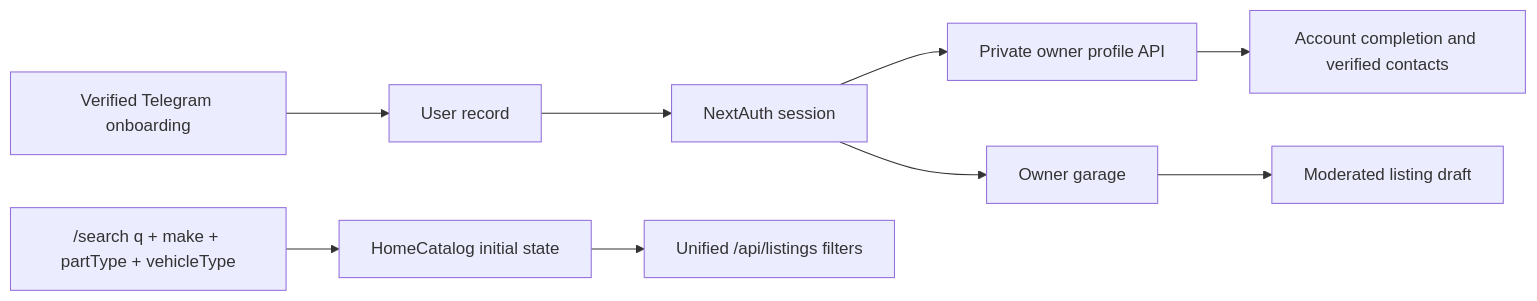
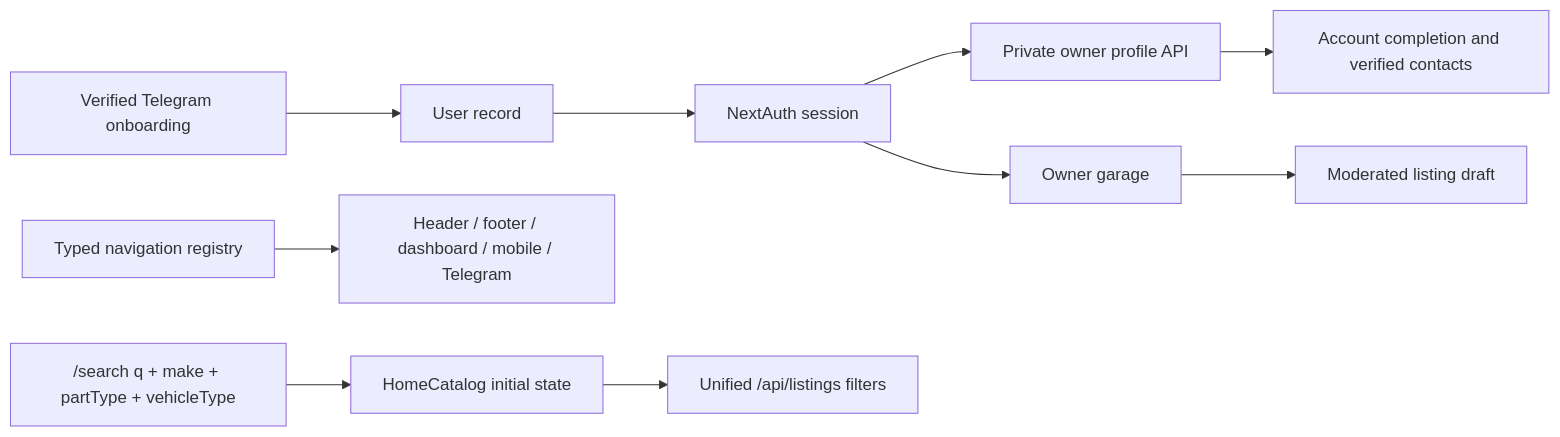
One commit to microsecret/automart changed the third of 8 diagrams in docs/PROJECT_GRAPH.md. Above: the diagram before and after it, drawn with Mermaid. The commit also changed other lines of this file and 37 other files, not shown here.

````diff
--- a/docs/PROJECT_GRAPH.md
+++ b/docs/PROJECT_GRAPH.md
@@ -114,11 +116,12 @@
 ```mermaid
 flowchart LR
   Telegram["Verified Telegram onboarding"] --> User["User record"]
   User --> Session["NextAuth session"]
   Session --> OwnerProfile["Private owner profile API"]
   OwnerProfile --> Dashboard["Account completion and verified contacts"]
   Session --> Garage["Owner garage"]
   Garage --> Listing["Moderated listing draft"]
+  Navigation["Typed navigation registry"] --> Shells["Header / footer / dashboard / mobile / Telegram"]
   SearchUrl["/search q + make + partType + vehicleType"] --> Catalog["HomeCatalog initial state"]
   Catalog --> ListingsApi["Unified /api/listings filters"]
 ```
````
